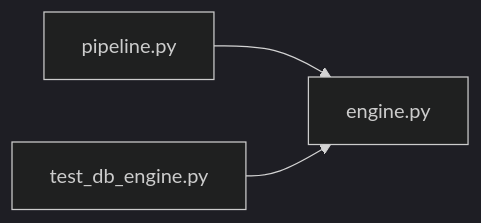
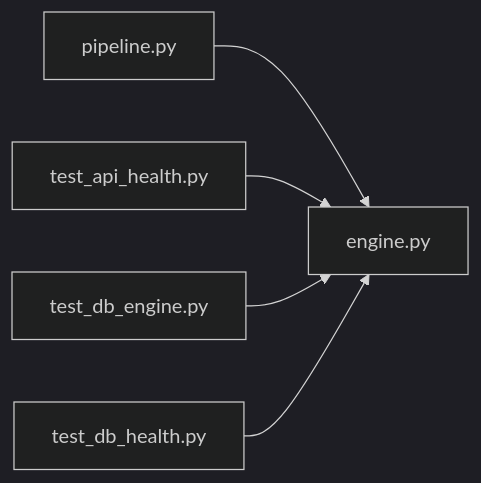
Before and after one commit to minkong-dev/Banblit: the diagram in .cluedoc/graph/backend/src/backend/db/engine.md, drawn with Mermaid (dark theme). The commit also changed other lines of this file and 78 other files, not shown here.

````diff
--- a/.cluedoc/graph/backend/src/backend/db/engine.md
+++ b/.cluedoc/graph/backend/src/backend/db/engine.md
@@ -10,6 +10,8 @@
 ```mermaid
 flowchart LR
   backend_src_backend_db_engine["engine.py"]
   backend_src_backend_db_pipeline["pipeline.py"] --> backend_src_backend_db_engine
+  backend_tests_unit_test_api_health["test_api_health.py"] --> backend_src_backend_db_engine
   backend_tests_unit_test_db_engine["test_db_engine.py"] --> backend_src_backend_db_engine
+  backend_tests_unit_test_db_health["test_db_health.py"] --> backend_src_backend_db_engine
 ```
````
